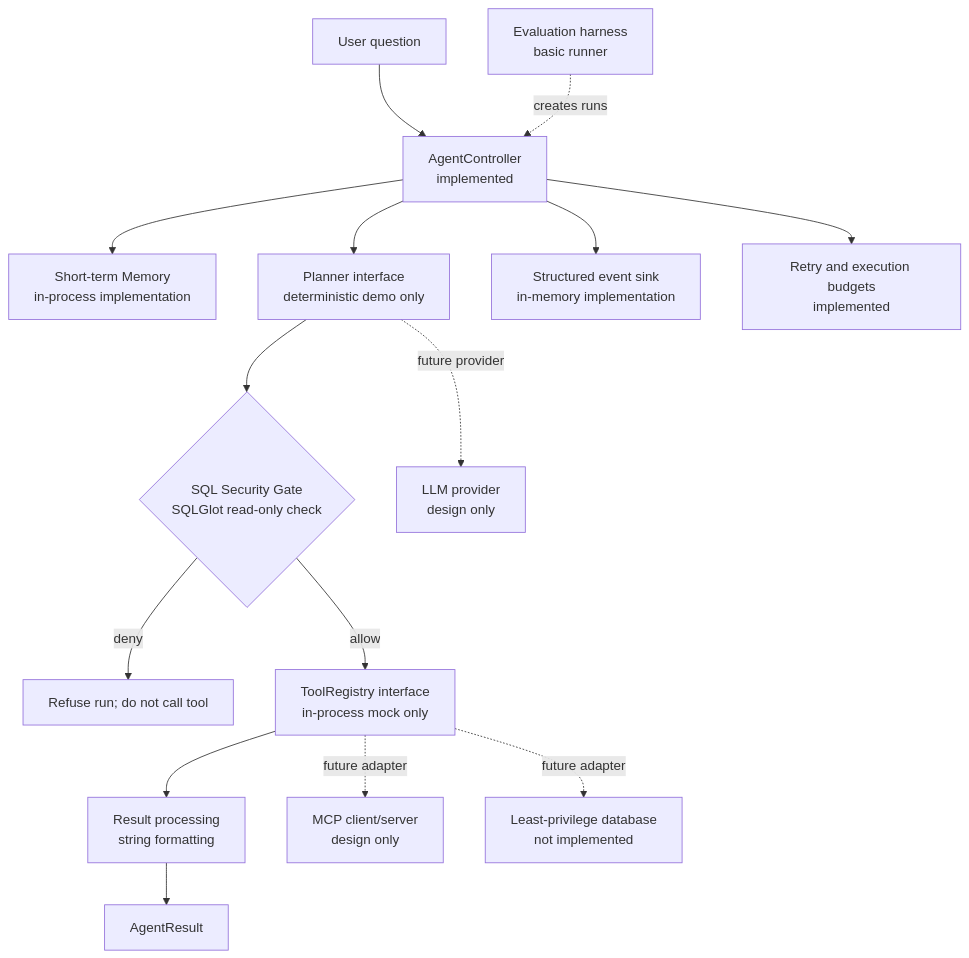
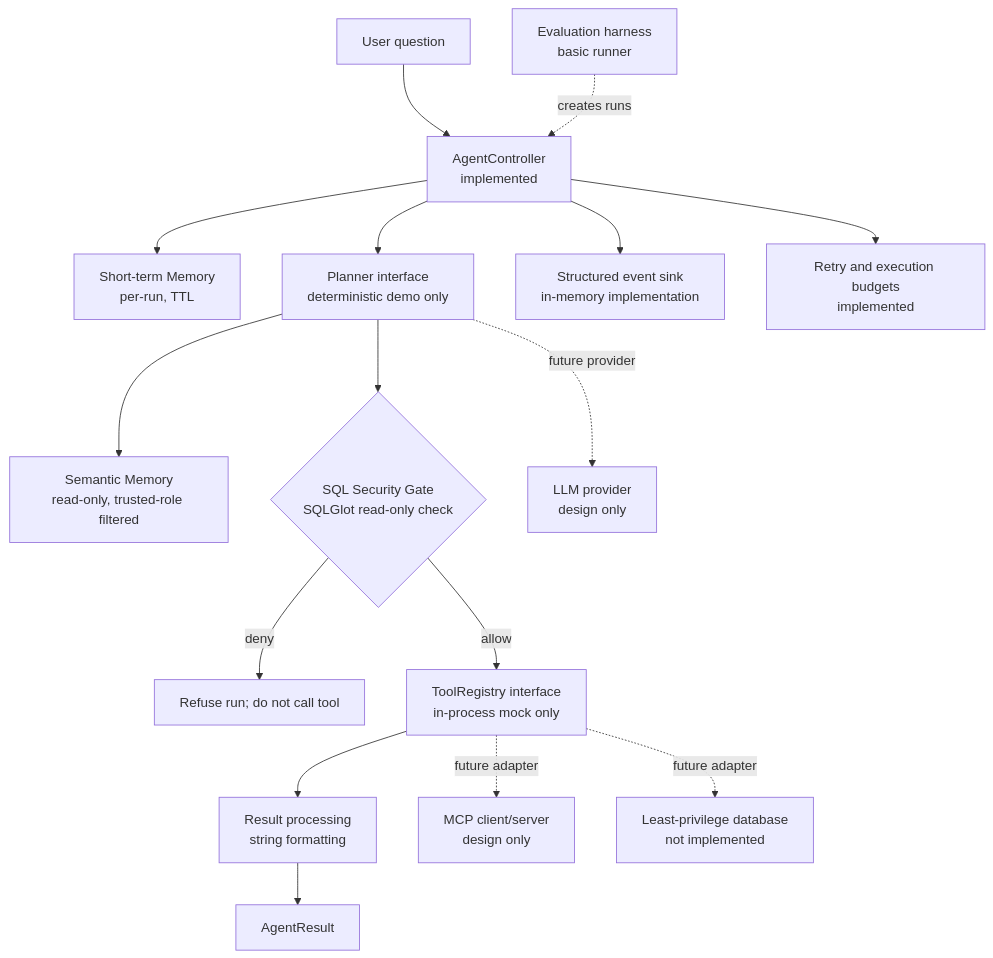
The diagram in docs/architecture/README.md (hoctran19-cyber/d2-sqlguard-agent), drawn with Mermaid before and after one commit. The commit also changed other lines of this file and 7 other files, not shown here.

First line of the commit message:
feat: thêm semantic memory theo role

````diff
--- a/docs/architecture/README.md
+++ b/docs/architecture/README.md
@@ -5,17 +5,18 @@
 ```mermaid
 flowchart TD
     U[User question] --> C[AgentController<br/>implemented]
-    C --> M[Short-term Memory<br/>in-process implementation]
+    C --> M[Short-term Memory<br/>per-run, TTL]
+    P --> SM[Semantic Memory<br/>read-only, trusted-role filtered]
     C --> P[Planner interface<br/>deterministic demo only]
     P --> S{SQL Security Gate<br/>SQLGlot read-only check}
     S -- deny --> F[Refuse run; do not call tool]
     S -- allow --> T[ToolRegistry interface<br/>in-process mock only]
     T --> R[Result processing<br/>string formatting]
     R --> A[AgentResult]
     C --> E[Structured event sink<br/>in-memory implementation]
     C --> B[Retry and execution budgets<br/>implemented]
     T -. future adapter .-> MCP[MCP client/server<br/>design only]
     P -. future provider .-> LLM[LLM provider<br/>design only]
     T -. future adapter .-> DB[Least-privilege database<br/>not implemented]
     H[Evaluation harness<br/>basic runner] -. creates runs .-> C
 ```
````
